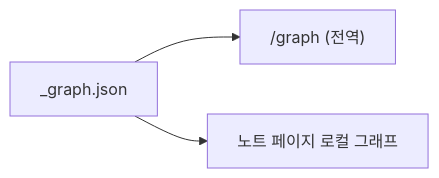
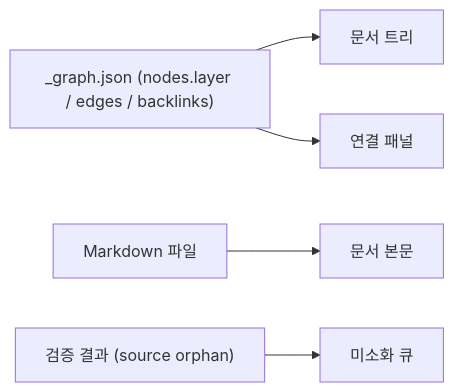
One commit to kknaks/kknaks_profile changed the diagram in products/kknaks-dev/20-spec/spec-005-graph-visualization.md. Above: the diagram before and after it, drawn with Mermaid. The commit also changed other lines of this file and 36 other files, not shown here.

First line of the commit message:
docs(kdev): inbox 승인 파이프라인 설계 — BL-003 · DEC-010~013 · SPEC 9건 · 40-architecture · WORK-012~015

````diff
--- a/products/kknaks-dev/20-spec/spec-005-graph-visualization.md
+++ b/products/kknaks-dev/20-spec/spec-005-graph-visualization.md
@@ -96,5 +188,7 @@
 ```mermaid
 flowchart LR
-    G["_graph.json"] --> GL["/graph (전역)"]
-    G --> LO["노트 페이지 로컬 그래프"]
+    G["_graph.json (nodes.layer / edges / backlinks)"] --> T["문서 트리"]
+    MD["Markdown 파일"] --> B["문서 본문"]
+    G --> C["연결 패널"]
+    V["검증 결과 (source orphan)"] --> Q["미소화 큐"]
 ```
````
